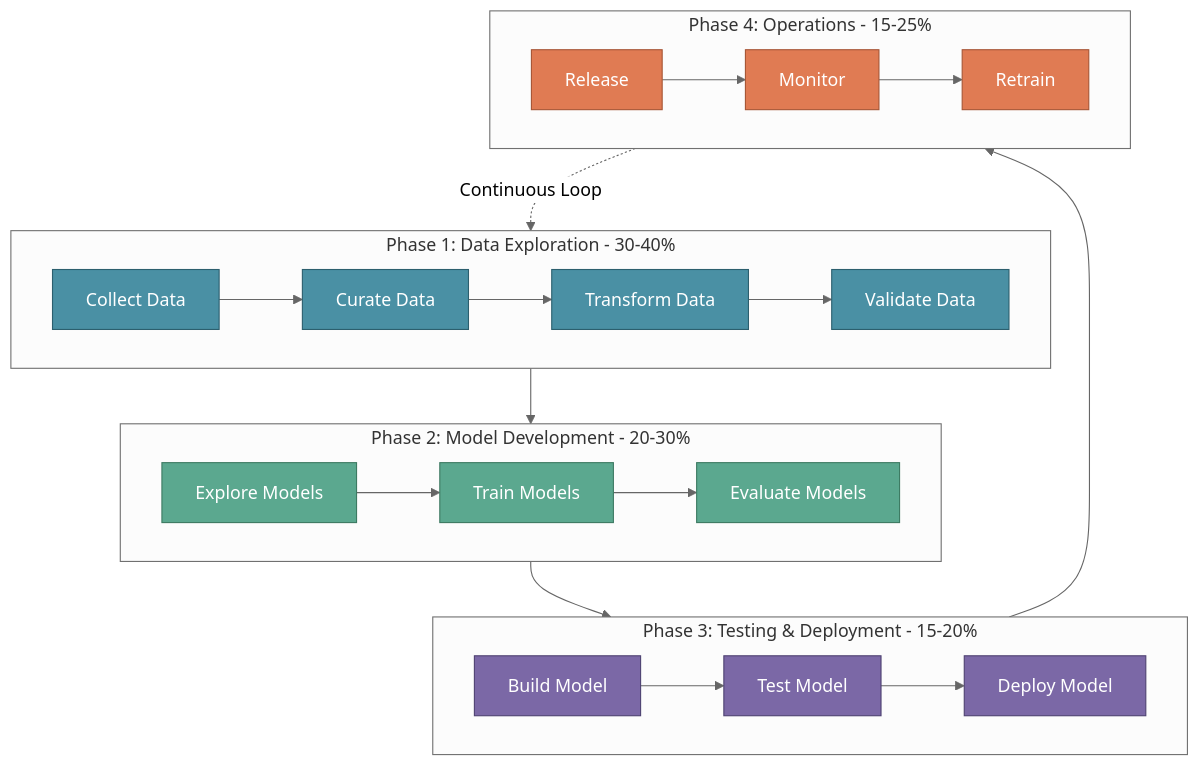
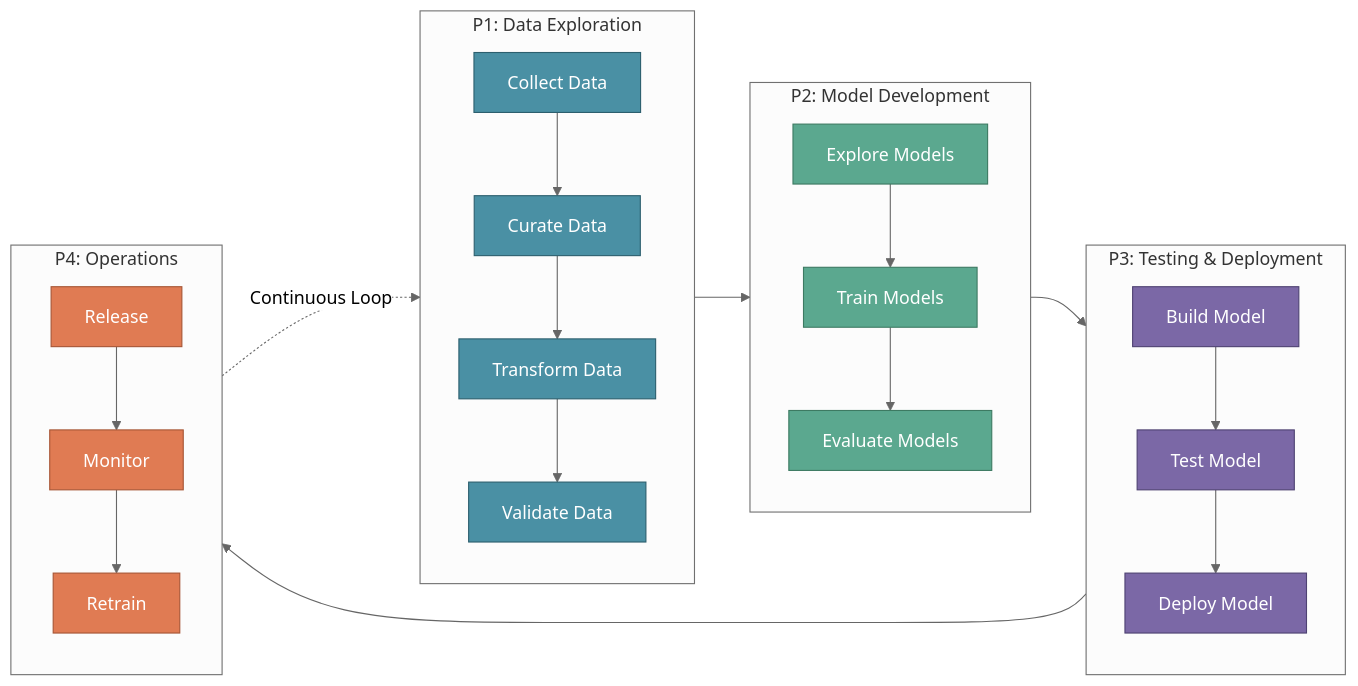
One commit to vinaykagithapu/vinay.github.io changed the sixth of 6 diagrams in docs/mlops/mlops-fundamentals/4-mlops-lifecycle.md. Above: the diagram before and after it, drawn with Mermaid (neutral theme). The commit also changed other lines of this file, not shown here.

Commit message:
Refactor MLOps lifecycle documentation: Update flowchart phases for clarity, rename 'Testing & Deployment' to 'TDP', and enhance diagram connections. Remove outdated experiment tracking example to streamline content.

````diff
--- a/docs/mlops/mlops-fundamentals/4-mlops-lifecycle.md
+++ b/docs/mlops/mlops-fundamentals/4-mlops-lifecycle.md
@@ -408,48 +393,49 @@
 ```mermaid
-flowchart TB
-    subgraph phase1[Phase 1: Data Exploration - 30-40%]
+flowchart LR
+    subgraph phase1[P1: Data Exploration]
         P1A[Collect Data]
         P1B[Curate Data]
         P1C[Transform Data]
         P1D[Validate Data]
         P1A --> P1B --> P1C --> P1D
     end
     
-    subgraph phase2[Phase 2: Model Development - 20-30%]
+    subgraph phase2[P2: Model Development]
         P2A[Explore Models]
         P2B[Train Models]
         P2C[Evaluate Models]
         P2A --> P2B --> P2C
     end
     
-    subgraph phase3[Phase 3: Testing & Deployment - 15-20%]
+    subgraph phase3[P3: Testing & Deployment]
         P3A[Build Model]
         P3B[Test Model]
         P3C[Deploy Model]
         P3A --> P3B --> P3C
     end
     
-    subgraph phase4[Phase 4: Operations - 15-25%]
+    subgraph phase4[P4: Operations]
+        direction TB
         P4A[Release]
         P4B[Monitor]
         P4C[Retrain]
         P4A --> P4B --> P4C
     end
     
     phase1 --> phase2 --> phase3 --> phase4
     phase4 -.->|Continuous Loop| phase1
     
     style P1A fill:#4A90A4,stroke:#2C5F6E,color:#fff
     style P1B fill:#4A90A4,stroke:#2C5F6E,color:#fff
     style P1C fill:#4A90A4,stroke:#2C5F6E,color:#fff
     style P1D fill:#4A90A4,stroke:#2C5F6E,color:#fff
     style P2A fill:#5BA88F,stroke:#3D7A62,color:#fff
     style P2B fill:#5BA88F,stroke:#3D7A62,color:#fff
     style P2C fill:#5BA88F,stroke:#3D7A62,color:#fff
     style P3A fill:#7B68A6,stroke:#4E4272,color:#fff
     style P3B fill:#7B68A6,stroke:#4E4272,color:#fff
     style P3C fill:#7B68A6,stroke:#4E4272,color:#fff
     style P4A fill:#E07B53,stroke:#A65535,color:#fff
     style P4B fill:#E07B53,stroke:#A65535,color:#fff
     style P4C fill:#E07B53,stroke:#A65535,color:#fff
 ```
````
